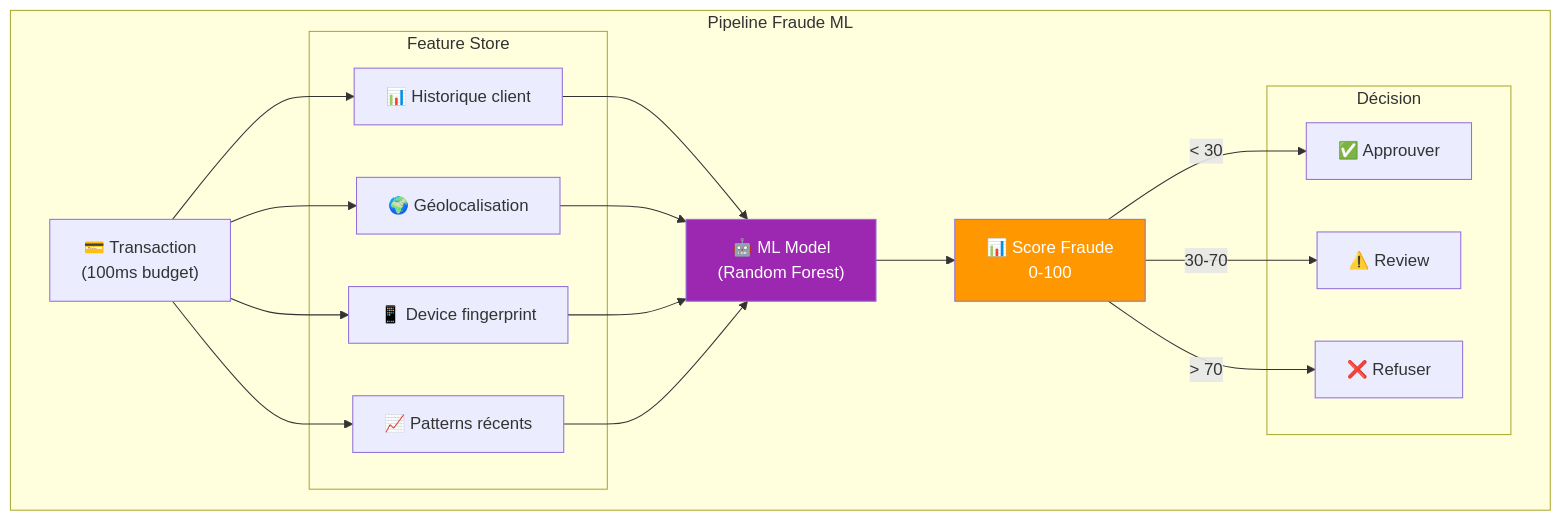
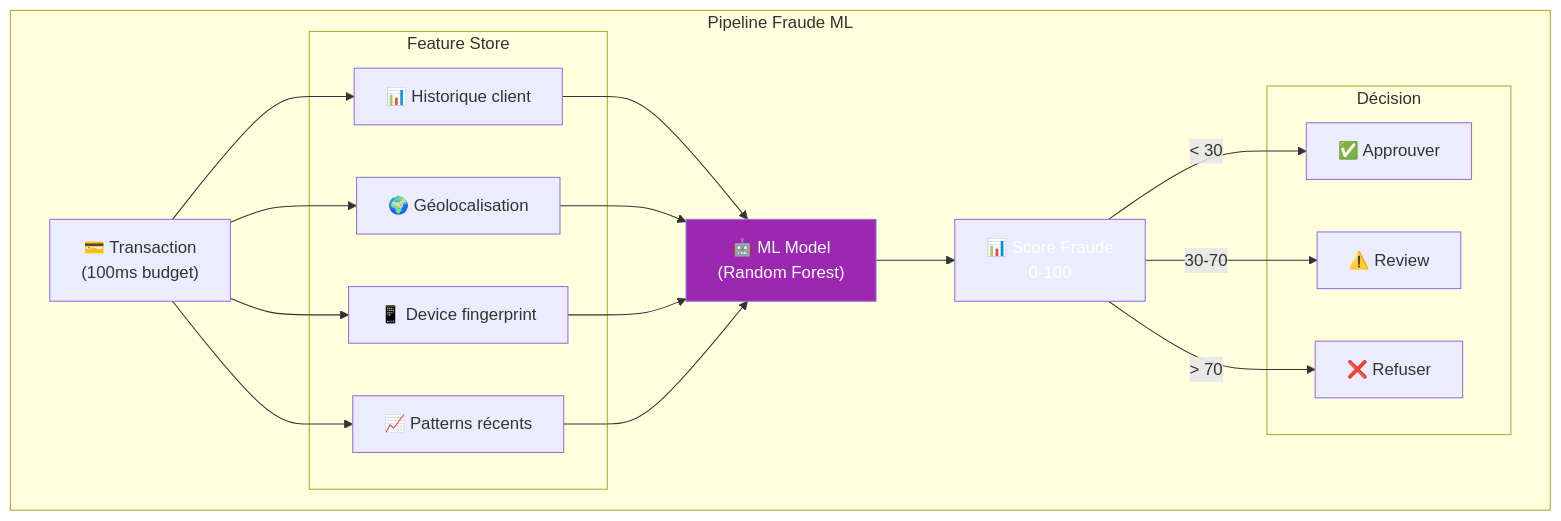
One commit to VBlackJack/ShellBook changed diagram 11 of 13 in docs/formations/cloud-fundamentals/10-module.md. Above: the diagram before and after it, drawn with Mermaid. The commit also changed other lines of this file and 337 other files, not shown here.

First line of the commit message:
refactor(docs): Standardize code blocks and Mermaid colors

````diff
--- a/docs/formations/cloud-fundamentals/10-module.md
+++ b/docs/formations/cloud-fundamentals/10-module.md
@@ -387,41 +387,41 @@
 ```mermaid
 graph TB
     subgraph "Pipeline Fraude ML"
         TX["💳 Transaction<br/>(100ms budget)"]
 
         subgraph "Feature Store"
             HIST["📊 Historique client"]
             GEO["🌍 Géolocalisation"]
             DEVICE["📱 Device fingerprint"]
             PATTERN["📈 Patterns récents"]
         end
 
         MODEL["🤖 ML Model<br/>(Random Forest)"]
         SCORE["📊 Score Fraude<br/>0-100"]
 
         subgraph "Décision"
             APPROVE["✅ Approuver"]
             REVIEW["⚠️ Review"]
             DECLINE["❌ Refuser"]
         end
     end
 
     TX --> HIST
     TX --> GEO
     TX --> DEVICE
     TX --> PATTERN
 
     HIST --> MODEL
     GEO --> MODEL
     DEVICE --> MODEL
     PATTERN --> MODEL
 
     MODEL --> SCORE
 
     SCORE -->|"< 30"| APPROVE
     SCORE -->|"30-70"| REVIEW
     SCORE -->|"> 70"| DECLINE
 
     style MODEL fill:#9c27b0,color:#fff
-    style SCORE fill:#ff9800,color:#fff
+    style SCORE fill:#FF9800800800,color:#fff
 ```
````
